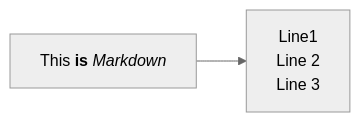
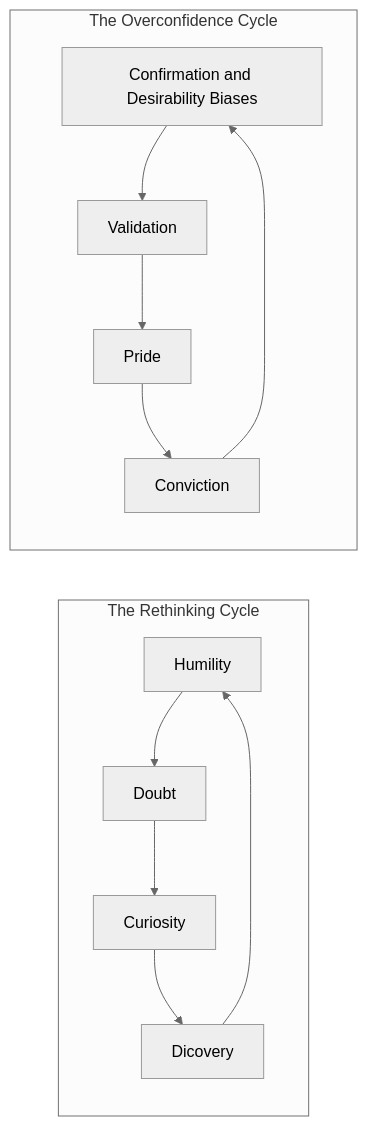
Before and after one commit to CuriosityAHumanSuperpower/summaries: the first of 3 diagrams in Think Again_Adam Grant.md, drawn with Mermaid (neutral theme). The commit also changed other lines of this file, not shown here.

````diff
--- a/Think Again_Adam Grant.md
+++ b/Think Again_Adam Grant.md
@@ -15,9 +20,11 @@
 ```mermaid
 %%{init: {"flowchart": {"htmlLabels": false}} }%%
 flowchart LR
-    markdown["`This **is** _Markdown_`"]
-    newLines["`Line1
-    Line 2
-    Line 3`"]
-    markdown --> newLines
+    subgraph The Rethinking Cycle
+        Humility --> Doubt --> Curiosity --> Dicovery --> Humility
+    end
+    text["Confirmation and Desirability Biases"]
+    subgraph The Overconfidence Cycle
+        Pride --> Conviction --> text --> Validation --> Pride
+    end
 ```
````
